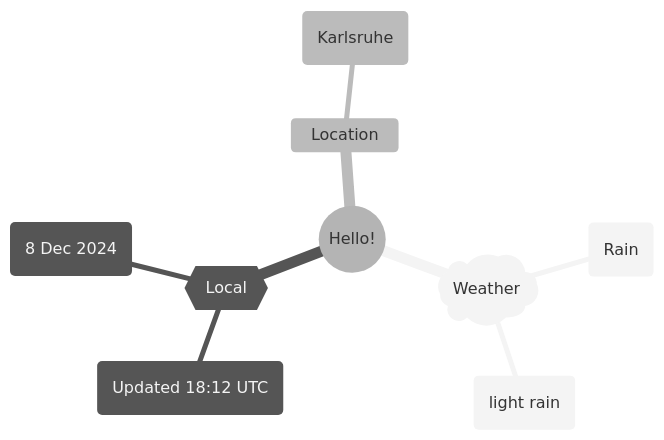
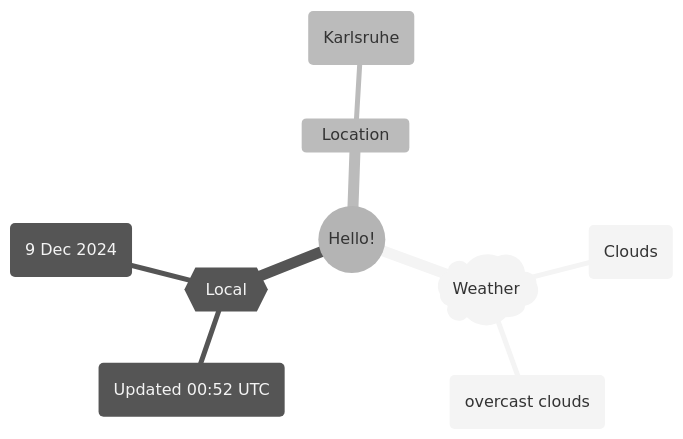
The first of 2 diagrams in README.md (Xosrov/Xosrov), drawn with Mermaid (neutral theme) before and after one commit.

Commit message:
[bot] updated images

````diff
--- a/README.md
+++ b/README.md
@@ -3,12 +3,12 @@
 ```mermaid
 mindmap
   root((Hello!))
     )Weather(
-        (Rain)
-        (light rain)
+        (Clouds)
+        (overcast clouds)
     {{Local}}
-        (Updated 18:12 UTC)
-        (8 Dec 2024)
+        (Updated 00:52 UTC)
+        (9 Dec 2024)
     Location
         (Karlsruhe)
 ```
````
